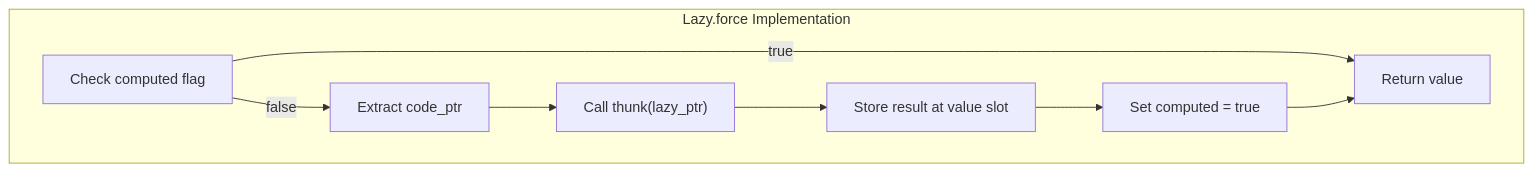
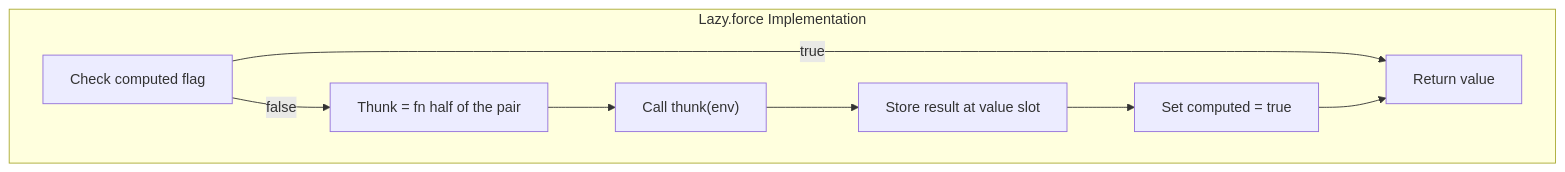
The second of 2 diagrams in hugo/content/docs/design/structure-and-performance/why-lazy-is-hard.md (FidelityFramework/clef-lang-site), drawn with Mermaid before and after one commit. The commit also changed other lines of this file and 25 other files, not shown here.

````diff
--- a/hugo/content/docs/design/structure-and-performance/why-lazy-is-hard.md
+++ b/hugo/content/docs/design/structure-and-performance/why-lazy-is-hard.md
@@ -138,18 +138,18 @@
 ```mermaid
 flowchart TD
     subgraph Force["Lazy.force Implementation"]
         CHECK[Check computed flag]
-        EXTRACT[Extract code_ptr]
-        CALL["Call thunk(lazy_ptr)"]
+        EXTRACT[Thunk = fn half of the pair]
+        CALL["Call thunk(env)"]
         STORE[Store result at value slot]
         SET[Set computed = true]
         RETURN[Return value]
     end
 
     CHECK -->|"false"| EXTRACT
     CHECK -->|"true"| RETURN
     EXTRACT --> CALL
     CALL --> STORE
     STORE --> SET
     SET --> RETURN
 ```
````
